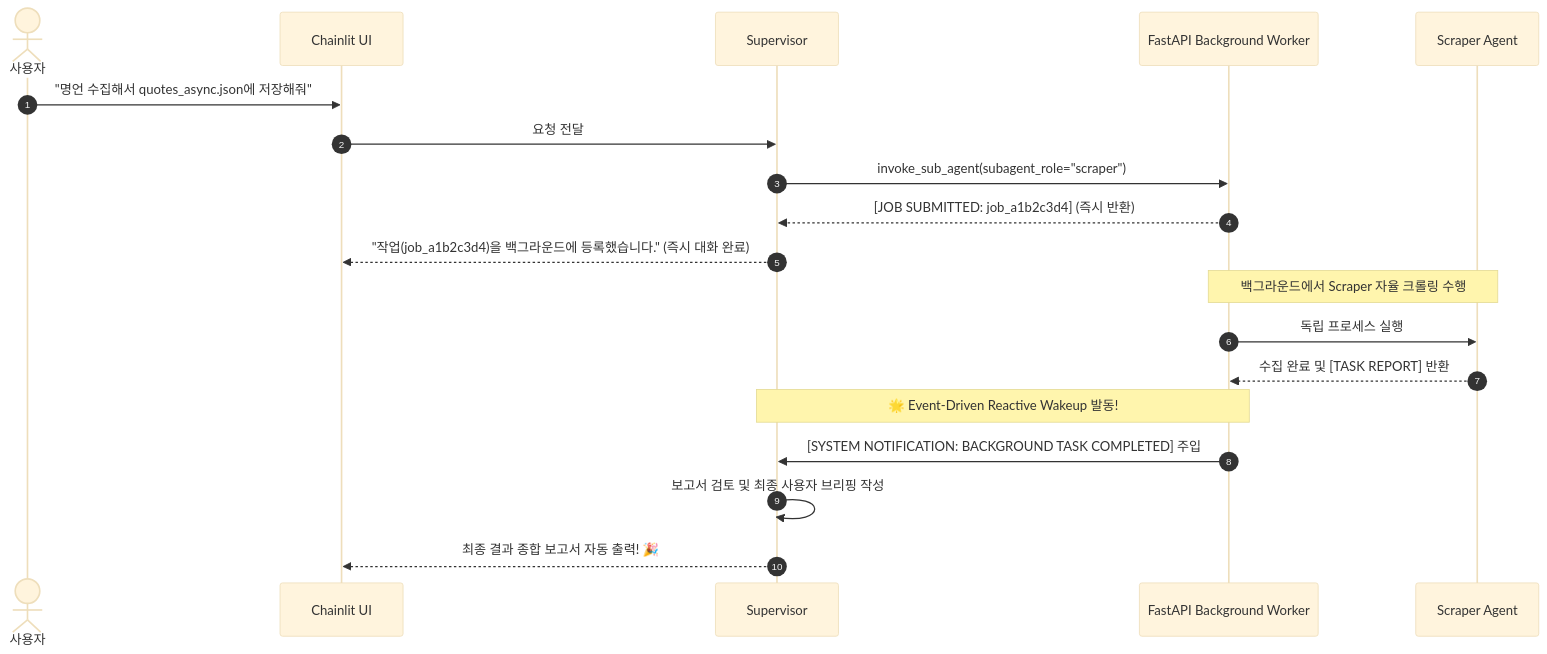
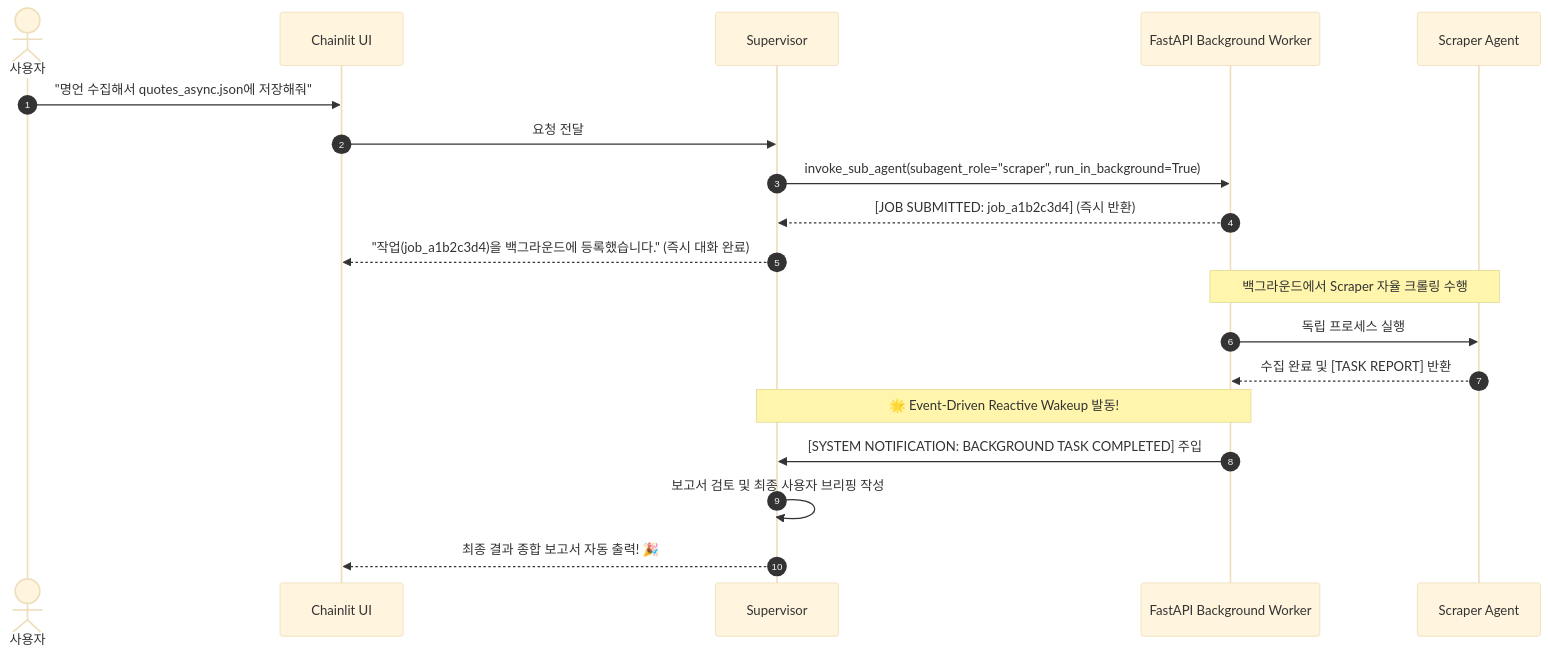
One commit to hukim1112/AAWS changed the diagram in missions/04_missions.md. Above: the diagram before and after it, drawn with Mermaid (base theme). The commit also changed other lines of this file, not shown here.

Commit message:
docs(missions): add background delegation principle and diagram details to Mission 04

````diff
--- a/missions/04_missions.md
+++ b/missions/04_missions.md
@@ -119,24 +152,24 @@
 ```mermaid
 sequenceDiagram
     autonumber
     actor User as 사용자
     participant UI as Chainlit UI
     participant Sup as Supervisor
     participant API as FastAPI Background Worker
     participant Scraper as Scraper Agent
 
     User->>UI: "명언 수집해서 quotes_async.json에 저장해줘"
     UI->>Sup: 요청 전달
-    Sup->>API: invoke_sub_agent(subagent_role="scraper")
+    Sup->>API: invoke_sub_agent(subagent_role="scraper", run_in_background=True)
     API-->>Sup: [JOB SUBMITTED: job_a1b2c3d4] (즉시 반환)
     Sup-->>UI: "작업(job_a1b2c3d4)을 백그라운드에 등록했습니다." (즉시 대화 완료)
     
     Note over API,Scraper: 백그라운드에서 Scraper 자율 크롤링 수행
     API->>Scraper: 독립 프로세스 실행
     Scraper-->>API: 수집 완료 및 [TASK REPORT] 반환
 
     Note over API,Sup: 🌟 Event-Driven Reactive Wakeup 발동!
     API->>Sup: [SYSTEM NOTIFICATION: BACKGROUND TASK COMPLETED] 주입
     Sup->>Sup: 보고서 검토 및 최종 사용자 브리핑 작성
     Sup-->>UI: 최종 결과 종합 보고서 자동 출력! 🎉
 ```
````
